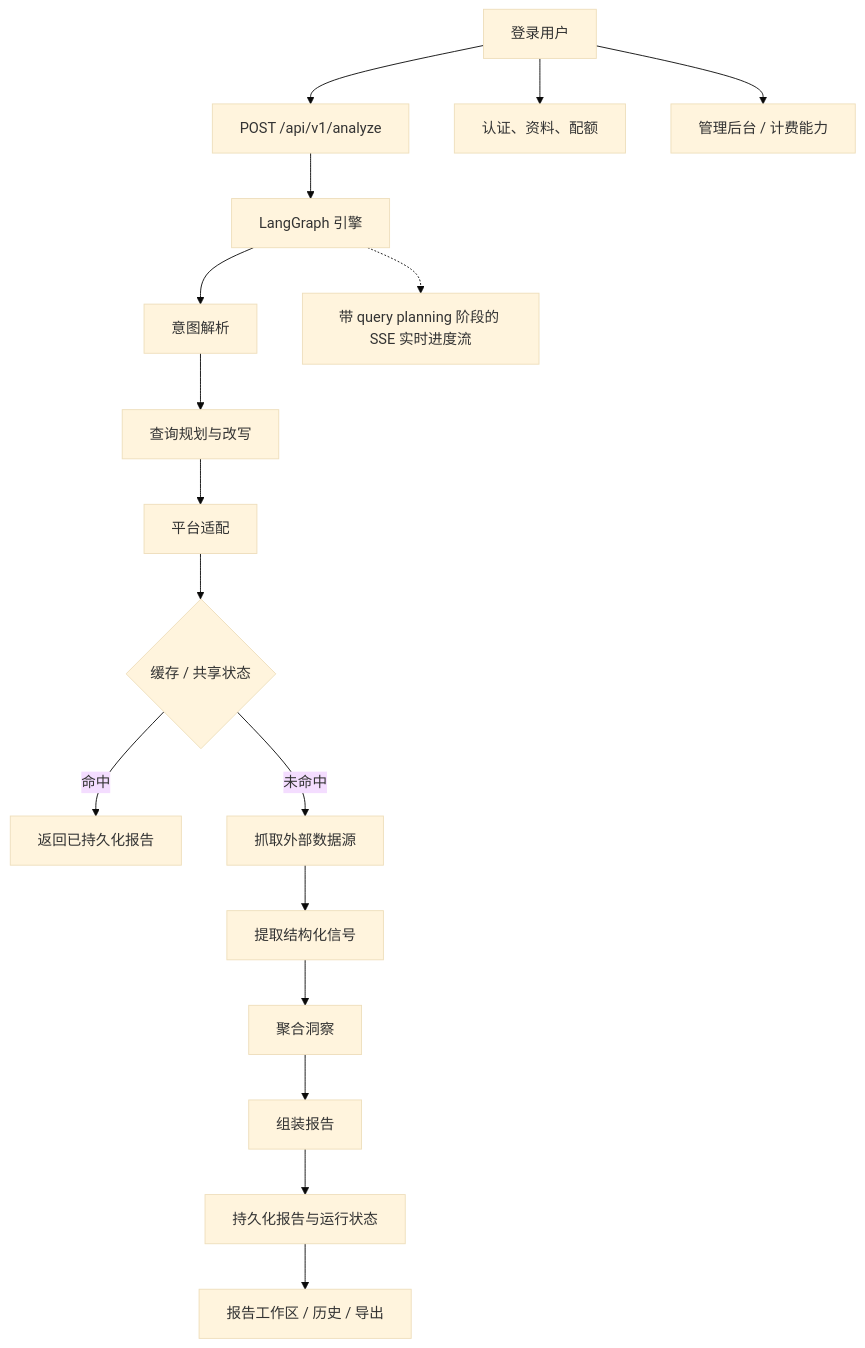
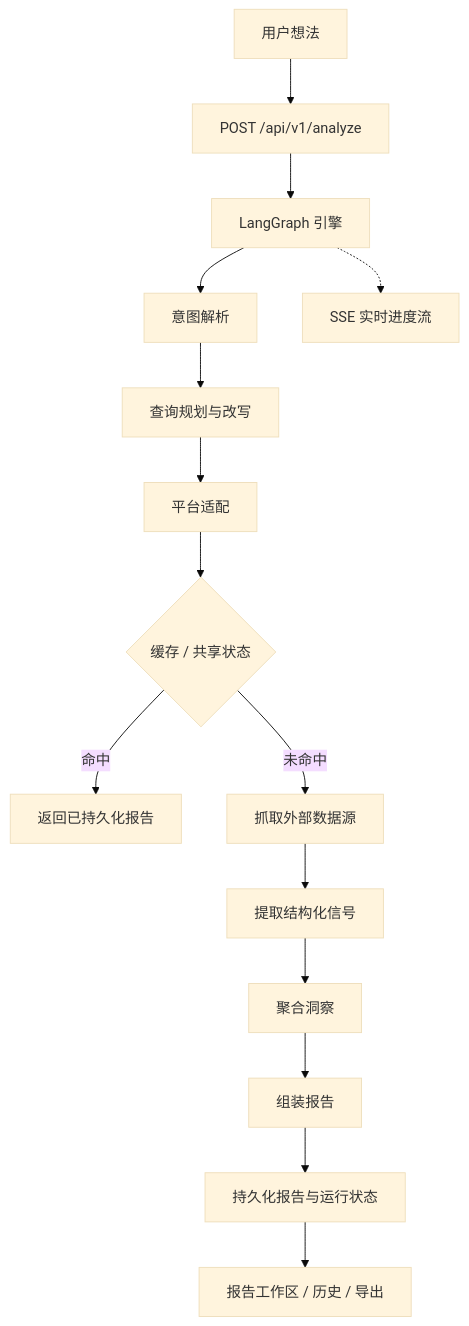
One commit to Tendo33/IdeaGo changed the diagram in README_CN.md. Above: the diagram before and after it, drawn with Mermaid (base theme). The commit also changed other lines of this file and 1 other file, not shown here.

````diff
--- a/README_CN.md
+++ b/README_CN.md
@@ -197,19 +192,17 @@
 ```mermaid
 flowchart TD
-    A["登录用户"] --> B["POST /api/v1/analyze"]
+    A["用户想法"] --> B["POST /api/v1/analyze"]
     B --> C["LangGraph 引擎"]
     C --> D["意图解析"]
     D --> E["查询规划与改写"]
     E --> F["平台适配"]
     F --> G{"缓存 / 共享状态"}
     G -->|命中| H["返回已持久化报告"]
     G -->|未命中| I["抓取外部数据源"]
     I --> J["提取结构化信号"]
     J --> K["聚合洞察"]
     K --> L["组装报告"]
     L --> M["持久化报告与运行状态"]
     M --> N["报告工作区 / 历史 / 导出"]
-    A --> O["认证、资料、配额"]
-    A --> P["管理后台 / 计费能力"]
-    C -.-> Q["带 query planning 阶段的 SSE 实时进度流"]
+    C -.-> O["SSE 实时进度流"]
 ```
````
